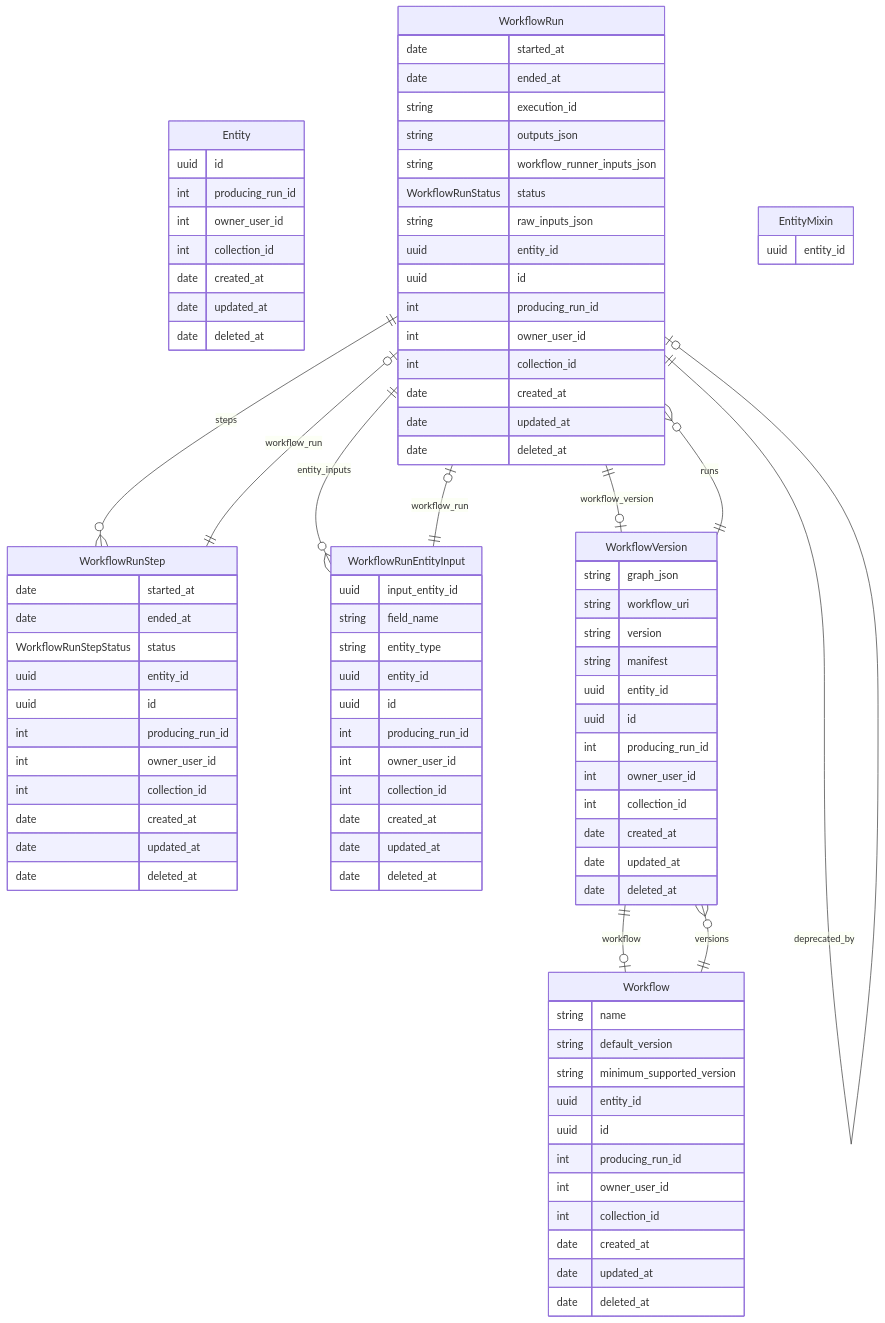
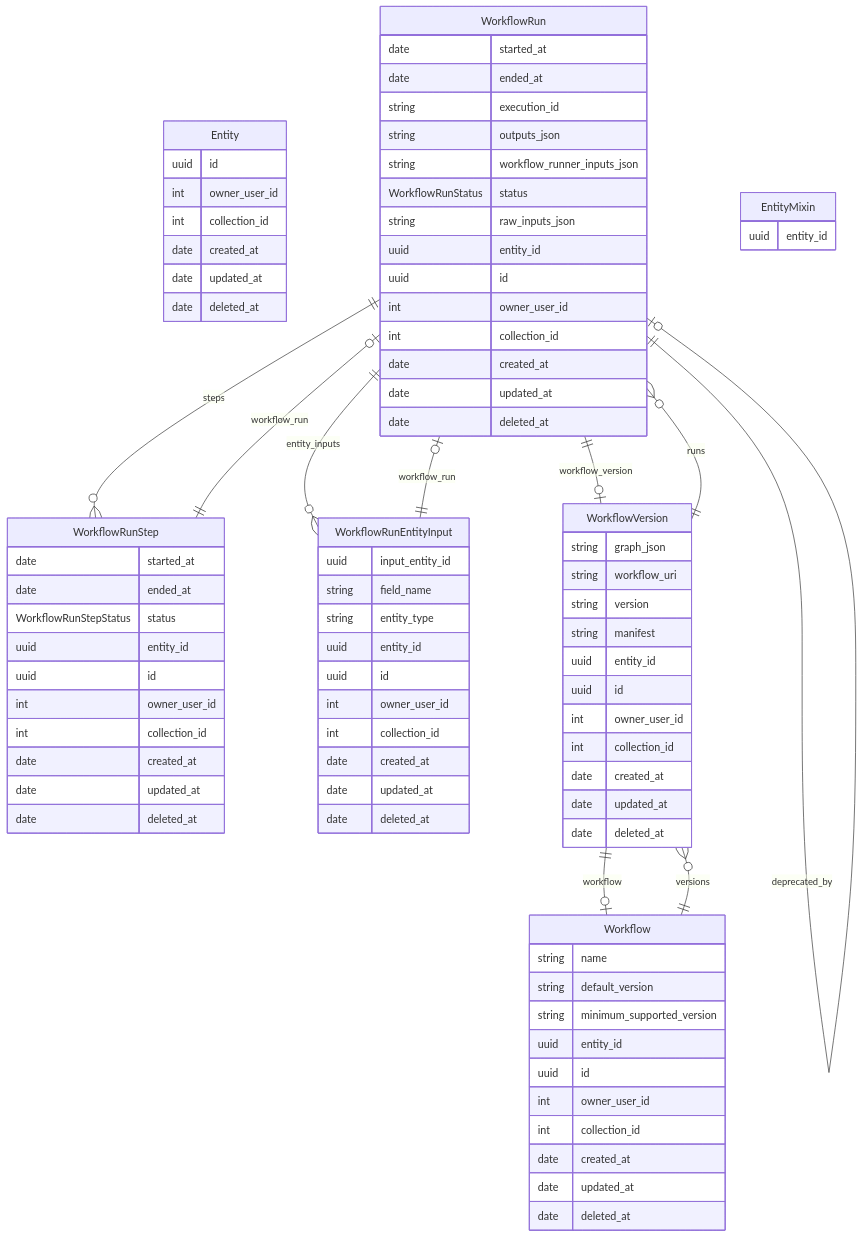
The diagram in workflows/schema/README.md (chanzuckerberg/czid-platformics), drawn with Mermaid before and after one commit. The commit also changed 4 other files, not shown here.

```diff
--- a/workflows/schema/README.md
+++ b/workflows/schema/README.md
@@ -2,7 +2,6 @@
 erDiagram
 Entity {
     uuid id  
-    int producing_run_id  
     int owner_user_id  
     int collection_id  
     date created_at  
@@ -19,7 +18,6 @@
     string raw_inputs_json  
     uuid entity_id  
     uuid id  
-    int producing_run_id  
     int owner_user_id  
     int collection_id  
     date created_at  
@@ -32,7 +30,6 @@
     string minimum_supported_version  
     uuid entity_id  
     uuid id  
-    int producing_run_id  
     int owner_user_id  
     int collection_id  
     date created_at  
@@ -45,7 +42,6 @@
     WorkflowRunStepStatus status  
     uuid entity_id  
     uuid id  
-    int producing_run_id  
     int owner_user_id  
     int collection_id  
     date created_at  
@@ -58,7 +54,6 @@
     string entity_type  
     uuid entity_id  
     uuid id  
-    int producing_run_id  
     int owner_user_id  
     int collection_id  
     date created_at  
@@ -72,7 +67,6 @@
     string manifest  
     uuid entity_id  
     uuid id  
-    int producing_run_id  
     int owner_user_id  
     int collection_id  
     date created_at  
```
